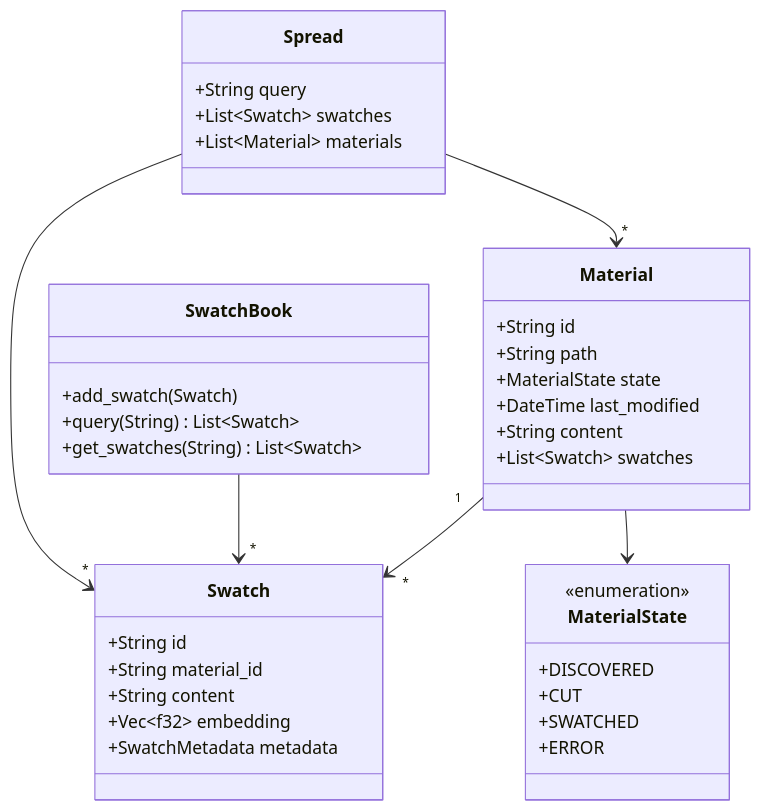
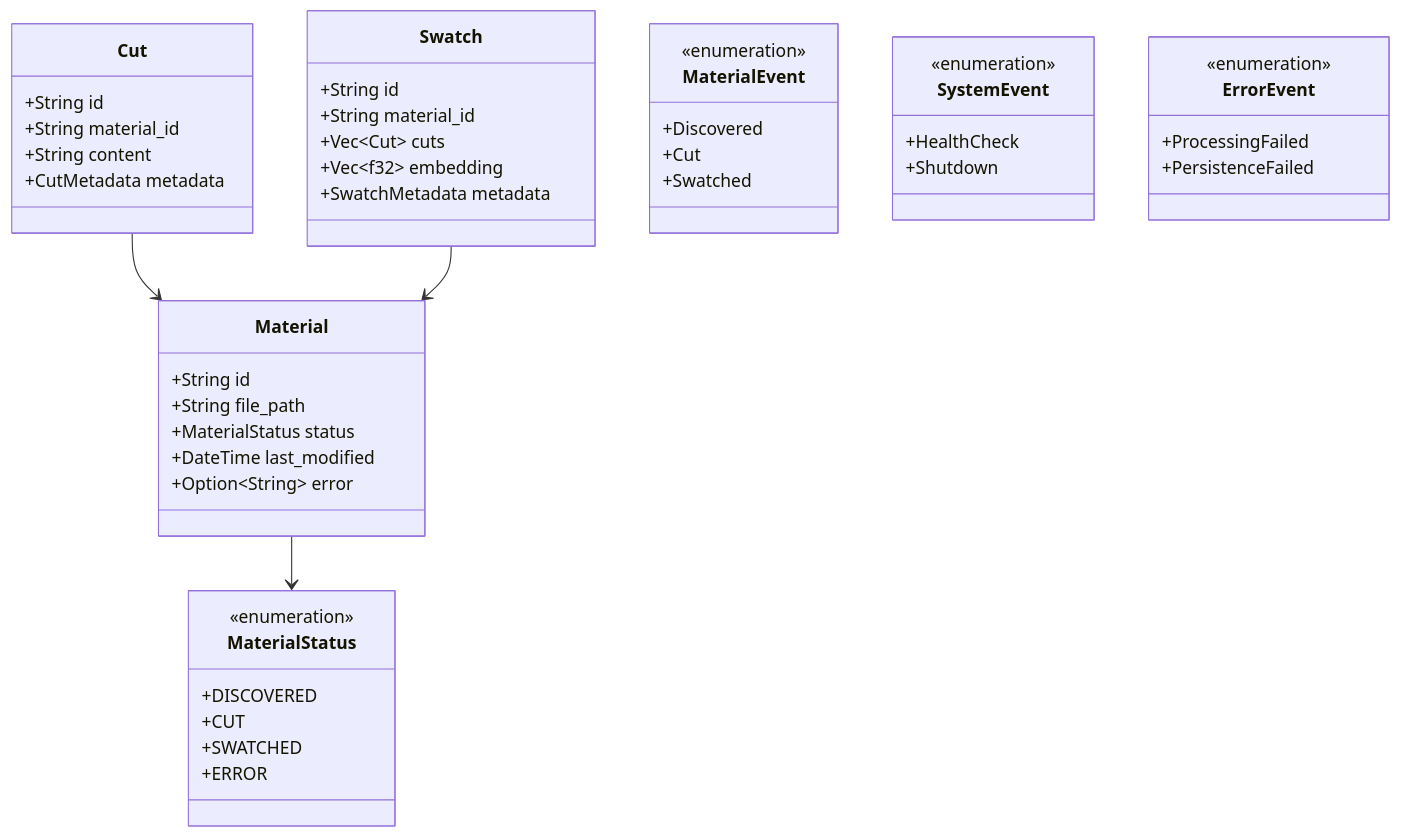
The third of 3 diagrams in memory-bank/systemPatterns.md (pandallel/quilt), drawn with Mermaid before and after one commit. The commit also changed other lines of this file and 24 other files, not shown here.

````diff
--- a/memory-bank/systemPatterns.md
+++ b/memory-bank/systemPatterns.md
@@ -93,45 +97,56 @@
 ```mermaid
 classDiagram
     class Material {
         +String id
-        +String path
-        +MaterialState state
+        +String file_path
+        +MaterialStatus status
         +DateTime last_modified
+        +Option~String~ error
+    }
+
+    class Cut {
+        +String id
+        +String material_id
         +String content
-        +List~Swatch~ swatches
+        +CutMetadata metadata
     }
 
     class Swatch {
         +String id
         +String material_id
-        +String content
+        +Vec~Cut~ cuts
         +Vec~f32~ embedding
         +SwatchMetadata metadata
     }
 
-    class MaterialState {
+    class MaterialStatus {
         <<enumeration>>
         +DISCOVERED
         +CUT
         +SWATCHED
         +ERROR
     }
 
-    class SwatchBook {
-        +add_swatch(Swatch)
-        +query(String) List~Swatch~
-        +get_swatches(String) List~Swatch~
+    class MaterialEvent {
+        <<enumeration>>
+        +Discovered
+        +Cut
+        +Swatched
     }
 
-    class Spread {
-        +String query
-        +List~Swatch~ swatches
-        +List~Material~ materials
+    class SystemEvent {
+        <<enumeration>>
+        +HealthCheck
+        +Shutdown
     }
 
-    Material "1" --> "*" Swatch
-    Material --> MaterialState
-    SwatchBook --> "*" Swatch
-    Spread --> "*" Swatch
-    Spread --> "*" Material
+    class ErrorEvent {
+        <<enumeration>>
+        +ProcessingFailed
+        +PersistenceFailed
+    }
+
+    Material --> MaterialStatus
+    Cut --> Material
+    Swatch --> Material
 ```
````
